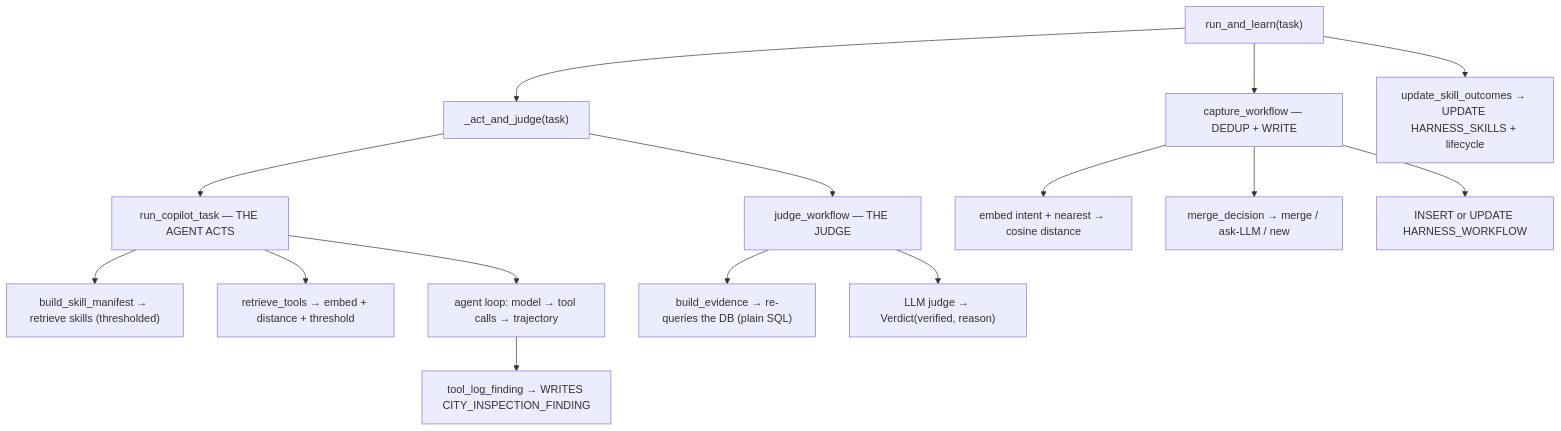
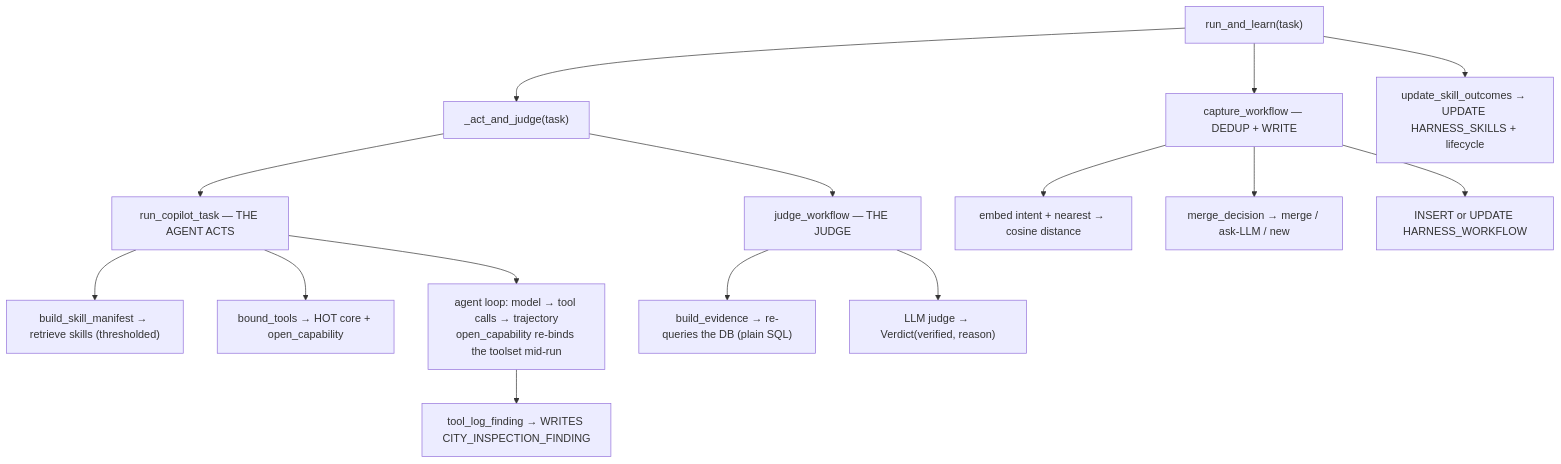
The second of 5 diagrams in docs/notebook-01-explained.md (anantsrivast/cityops-agent-harness), drawn with Mermaid before and after one commit. The commit also changed other lines of this file and 2 other files, not shown here.

````diff
--- a/docs/notebook-01-explained.md
+++ b/docs/notebook-01-explained.md
@@ -75,17 +75,17 @@
 ```mermaid
 flowchart TD
   T["run_and_learn(task)"] --> A["_act_and_judge(task)"]
   A --> ACT["run_copilot_task — THE AGENT ACTS"]
   ACT --> ST1["build_skill_manifest → retrieve skills (thresholded)"]
-  ACT --> ST2["retrieve_tools → embed + distance + threshold"]
-  ACT --> LOOP["agent loop: model → tool calls → trajectory"]
+  ACT --> ST2["bound_tools → HOT core + open_capability"]
+  ACT --> LOOP["agent loop: model → tool calls → trajectory<br/>open_capability re-binds the toolset mid-run"]
   LOOP --> WRITE["tool_log_finding → WRITES CITY_INSPECTION_FINDING"]
   A --> J["judge_workflow — THE JUDGE"]
   J --> EV["build_evidence → re-queries the DB (plain SQL)"]
   J --> VERD["LLM judge → Verdict(verified, reason)"]
   T --> CAP["capture_workflow — DEDUP + WRITE"]
   CAP --> NEAR["embed intent + nearest → cosine distance"]
   CAP --> DEC["merge_decision → merge / ask-LLM / new"]
   CAP --> WF["INSERT or UPDATE HARNESS_WORKFLOW"]
   T --> LEARN["update_skill_outcomes → UPDATE HARNESS_SKILLS + lifecycle"]
 ```
````
